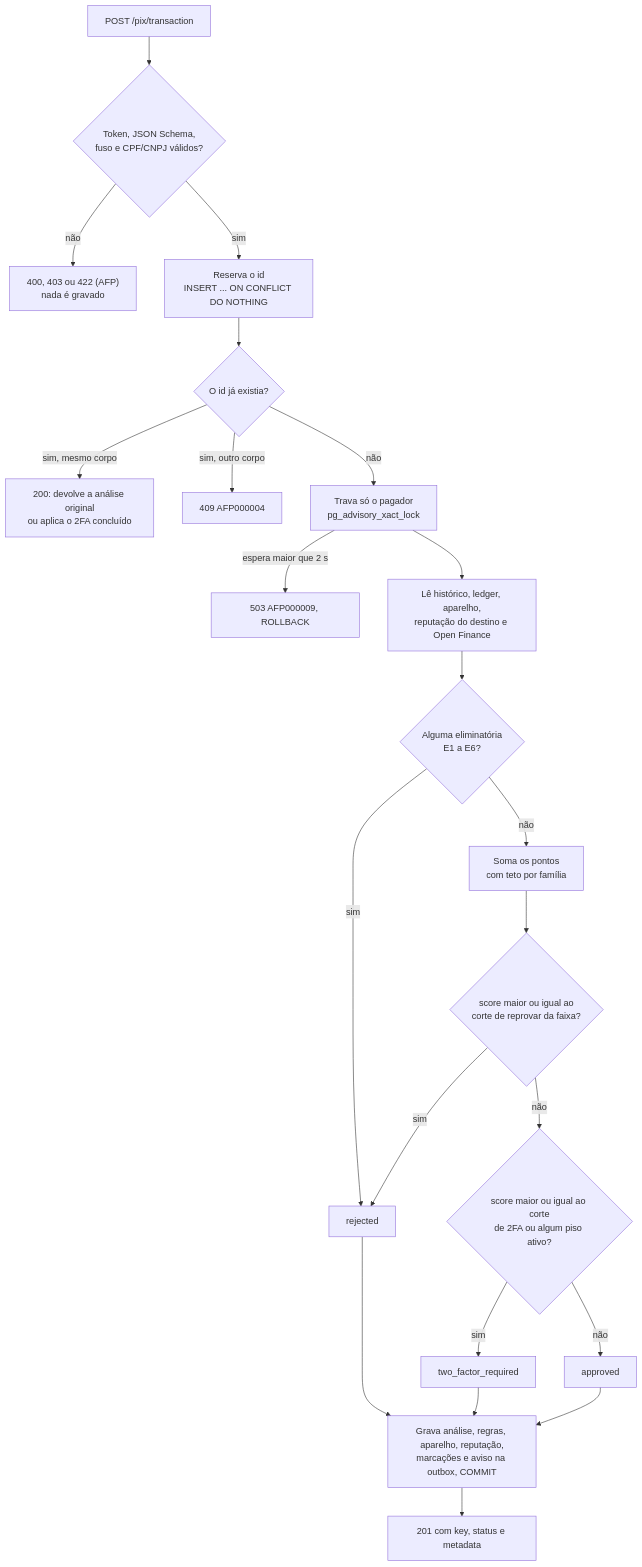
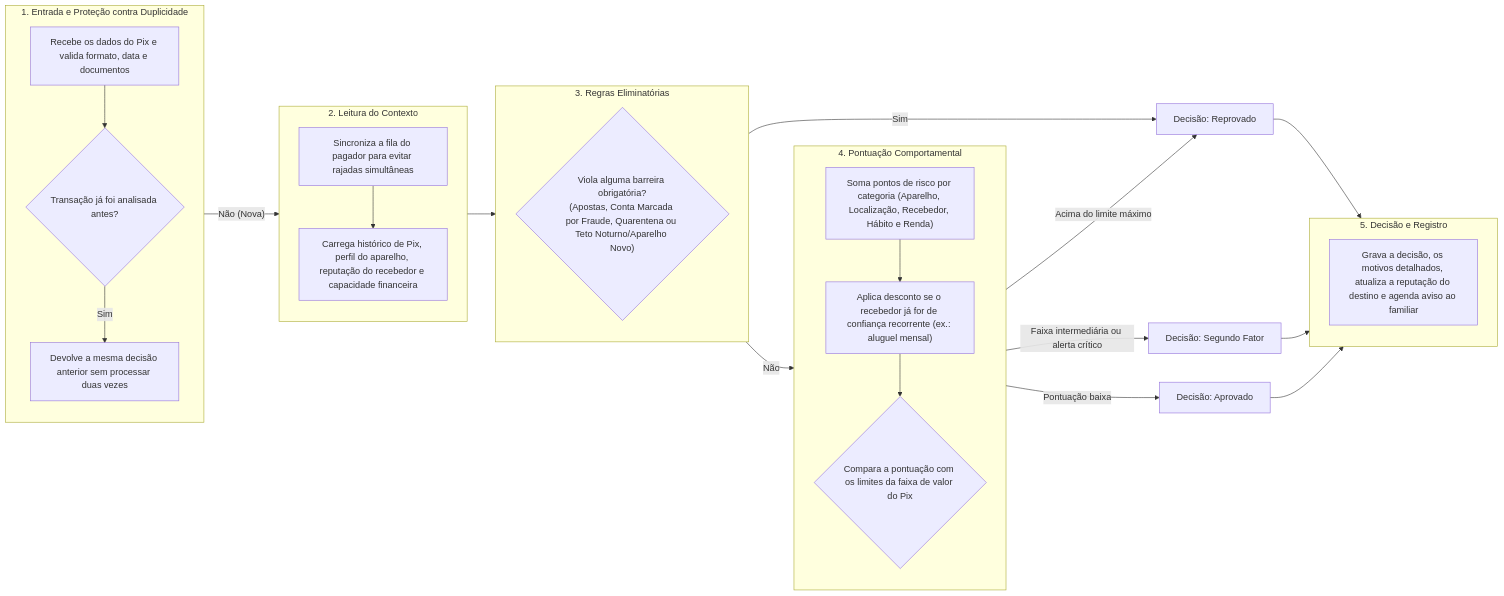
One commit to HenriqueJCManco/BootcampQITech changed the second of 6 diagrams in bootcamp-entrega-final/README.md. Above: the diagram before and after it, drawn with Mermaid. The commit also changed other lines of this file, not shown here.

````diff
--- a/bootcamp-entrega-final/README.md
+++ b/bootcamp-entrega-final/README.md
@@ -81,24 +80,40 @@
 ```mermaid
-flowchart TD
-    A["POST /pix/transaction"] --> B{"Token, JSON Schema,<br/>fuso e CPF/CNPJ válidos?"}
-    B -- não --> X["400, 403 ou 422 (AFP)<br/>nada é gravado"]
-    B -- sim --> C["Reserva o id<br/>INSERT ... ON CONFLICT DO NOTHING"]
-    C --> D{"O id já existia?"}
-    D -- "sim, mesmo corpo" --> R1["200: devolve a análise original<br/>ou aplica o 2FA concluído"]
-    D -- "sim, outro corpo" --> R2["409 AFP000004"]
-    D -- não --> E["Trava só o pagador<br/>pg_advisory_xact_lock"]
-    E -- "espera maior que 2 s" --> R3["503 AFP000009, ROLLBACK"]
-    E --> F["Lê histórico, ledger, aparelho,<br/>reputação do destino e Open Finance"]
-    F --> G{"Alguma eliminatória<br/>E1 a E6?"}
-    G -- sim --> REJ["rejected"]
-    G -- não --> H["Soma os pontos<br/>com teto por família"]
-    H --> I{"score maior ou igual ao<br/>corte de reprovar da faixa?"}
-    I -- sim --> REJ
-    I -- não --> J{"score maior ou igual ao corte<br/>de 2FA ou algum piso ativo?"}
-    J -- sim --> TFA["two_factor_required"]
-    J -- não --> APR["approved"]
-    REJ --> K["Grava análise, regras, aparelho, reputação,<br/>marcações e aviso na outbox, COMMIT"]
-    TFA --> K
-    APR --> K
-    K --> L["201 com key, status e metadata"]
+flowchart LR
+    subgraph E1["1. Entrada e Proteção contra Duplicidade"]
+        direction TB
+        A1["Recebe os dados do Pix e valida formato, data e documentos"] --> A2{"Transação já foi analisada antes?"}
+        A2 -- "Sim" --> A3["Devolve a mesma decisão anterior sem processar duas vezes"]
+    end
+
+    subgraph E2["2. Leitura do Contexto"]
+        direction TB
+        B1["Sincroniza a fila do pagador para evitar rajadas simultâneas"] --> B2["Carrega histórico de Pix, perfil do aparelho, reputação do recebedor e capacidade financeira"]
+    end
+
+    subgraph E3["3. Regras Eliminatórias"]
+        direction TB
+        C1{"Viola alguma barreira obrigatória?<br/>(Apostas, Conta Marcada por Fraude, Quarentena ou Teto Noturno/Aparelho Novo)"}
+    end
+
+    subgraph E4["4. Pontuação Comportamental"]
+        direction TB
+        D1["Soma pontos de risco por categoria (Aparelho, Localização, Recebedor, Hábito e Renda)"] --> D2["Aplica desconto se o recebedor já for de confiança recorrente (ex.: aluguel mensal)"]
+        D2 --> D3{"Compara a pontuação com os limites da faixa de valor do Pix"}
+    end
+
+    subgraph E5["5. Decisão e Registro"]
+        direction TB
+        F1["Grava a decisão, os motivos detalhados, atualiza a reputação do destino e agenda aviso ao familiar"]
+    end
+
+    A2 -- "Não (Nova)" --> B1
+    B2 --> C1
+    C1 -- "Sim" --> R_REJ["Decisão: Reprovado"]
+    C1 -- "Não" --> D1
+    D3 -- "Acima do limite máximo" --> R_REJ
+    D3 -- "Faixa intermediária ou alerta crítico" --> R_2FA["Decisão: Segundo Fator"]
+    D3 -- "Pontuação baixa" --> R_APR["Decisão: Aprovado"]
+    R_REJ --> F1
+    R_2FA --> F1
+    R_APR --> F1
 ```
````
